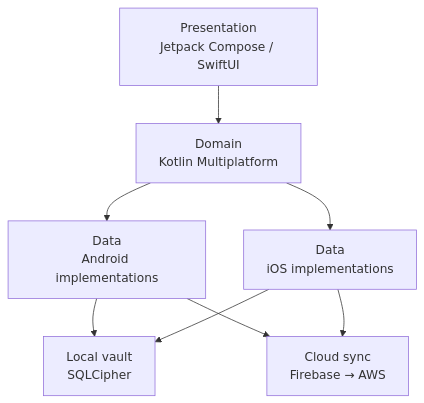
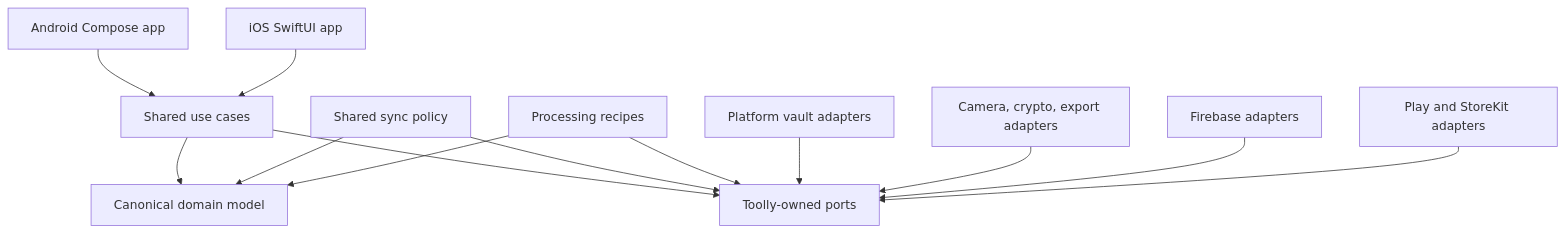
One commit to toollyscan/toolly-mobile changed the first of 2 diagrams in docs/architecture/README.md. Above: the diagram before and after it, drawn with Mermaid. The commit also changed other lines of this file, not shown here.

Commit message:
docs(tly-004): align README.md with canonical contracts

````diff
--- a/docs/architecture/README.md
+++ b/docs/architecture/README.md
@@ -36,10 +21,15 @@
 ```mermaid
 graph TD
-    P[Presentation\nJetpack Compose / SwiftUI] --> D[Domain\nKotlin Multiplatform]
-    D --> DA[Data\nAndroid implementations]
-    D --> DI[Data\niOS implementations]
-    DA --> V[Local vault\nSQLCipher]
-    DI --> V
-    DA --> C[Cloud sync\nFirebase → AWS]
-    DI --> C
+    Android[Android Compose app] --> UseCases[Shared use cases]
+    IOS[iOS SwiftUI app] --> UseCases
+    UseCases --> Domain[Canonical domain model]
+    UseCases --> Ports[Toolly-owned ports]
+    Sync[Shared sync policy] --> Domain
+    Sync --> Ports
+    Processing[Processing recipes] --> Domain
+    Processing --> Ports
+    Vault[Platform vault adapters] --> Ports
+    Native[Camera, crypto, export adapters] --> Ports
+    Firebase[Firebase adapters] --> Ports
+    Billing[Play and StoreKit adapters] --> Ports
 ```
````
